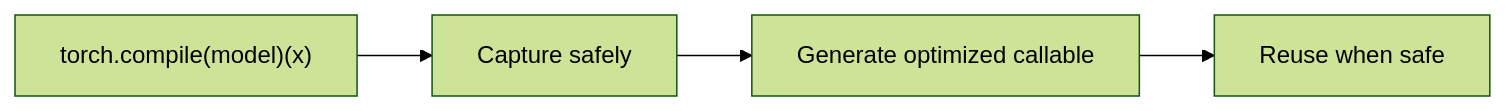
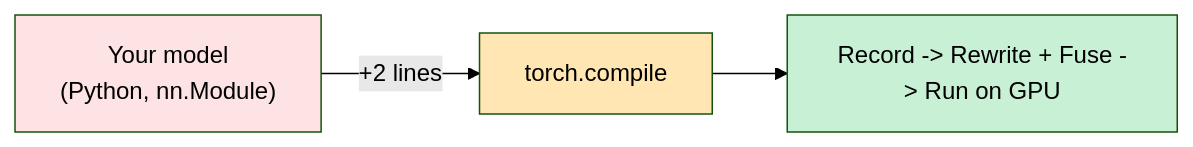
Before and after one commit to megabake/megabake: the first of 32 diagrams in talk.md, drawn with Mermaid (forest theme). The commit also changed other lines of this file, not shown here.

````diff
--- a/talk.md
+++ b/talk.md
@@ -50,6 +34,8 @@
 ```mermaid
 flowchart LR
-    A["`torch.compile(model)(x)`"] --> B["Capture safely"]
-    B --> C["Generate optimized callable"]
-    C --> D["Reuse when safe"]
+    A["Your model\n(Python, nn.Module)"] -->|"+2 lines"| B[torch.compile]
+    B --> C["Record -> Rewrite + Fuse -> Run on GPU"]
+    style A fill:#fde3e3,color:#000
+    style B fill:#ffe6b3,color:#000
+    style C fill:#c8f0d4,color:#000
 ```
````
